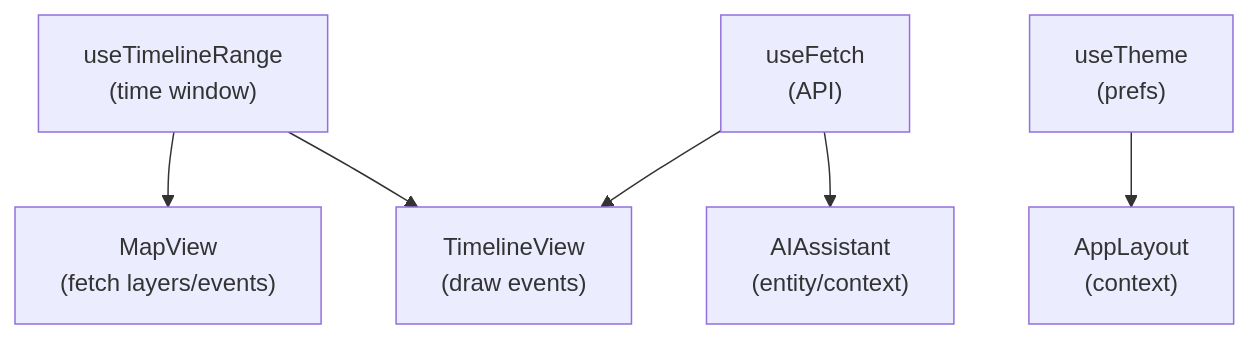
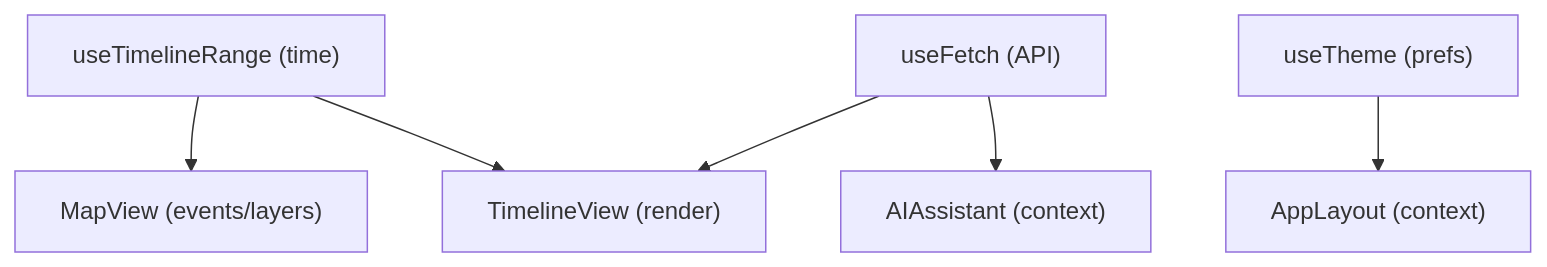
Before and after one commit to bartytime4life/Kansas-Frontier-Matrix: the second of 3 diagrams in web/src/hooks/README.md, drawn with Mermaid. The commit also changed other lines of this file, not shown here.

````diff
--- a/web/src/hooks/README.md
+++ b/web/src/hooks/README.md
@@ -116,9 +150,8 @@
 ```mermaid
 flowchart TD
-  A["useTimelineRange<br/>(time window)"] --> B["MapView<br/>(fetch layers/events)"]
-  A --> C["TimelineView<br/>(draw events)"]
-  D["useFetch<br/>(API)"] --> C
-  D --> E["AIAssistant<br/>(entity/context)"]
-  F["useTheme<br/>(prefs)"] --> G["AppLayout<br/>(context)"]
-%% END OF MERMAID
+  A["useTimelineRange (time)"] --> B["MapView (events/layers)"]
+  A --> C["TimelineView (render)"]
+  D["useFetch (API)"] --> C
+  D --> E["AIAssistant (context)"]
+  F["useTheme (prefs)"] --> G["AppLayout (context)"]
 ```
````
